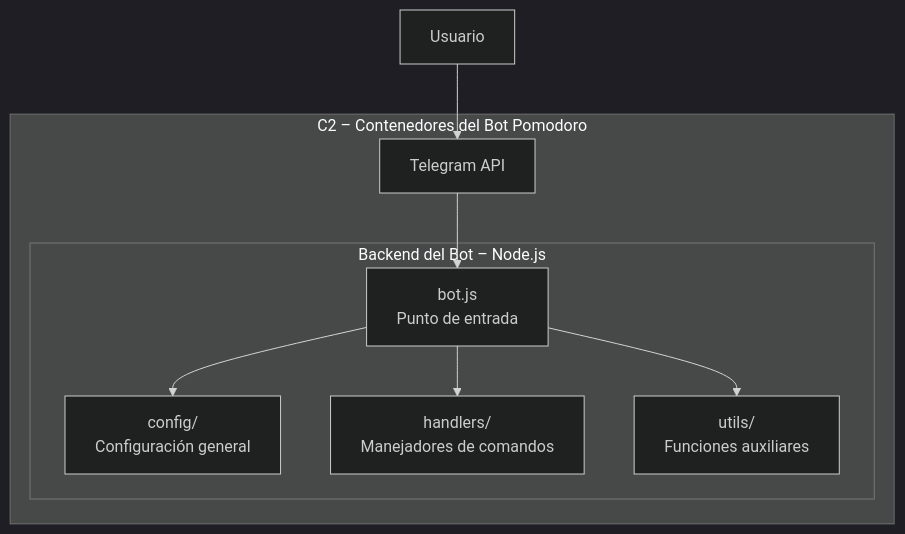
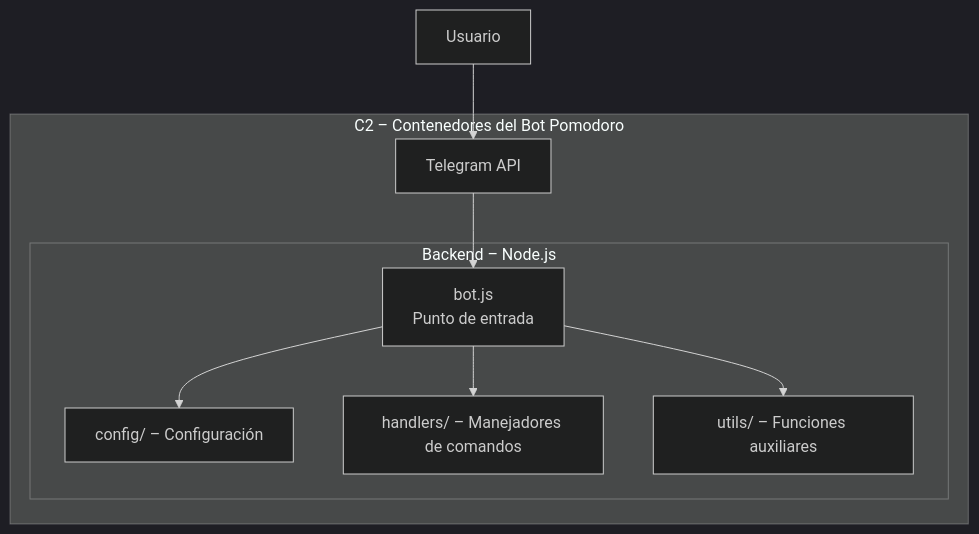
Before and after one commit to CarlosCervantes-pi/pomodoro-telegram-bot: the second of 2 diagrams in docs/diagrams/c4_full.md, drawn with Mermaid (dark theme). The commit also changed other lines of this file, not shown here.

````diff
--- a/docs/diagrams/c4_full.md
+++ b/docs/diagrams/c4_full.md
@@ -29,22 +27,20 @@
 ```mermaid
 flowchart TB
 
-%% ========================== %% C2 – DIAGRAMA DE CONTENEDORES %% ==========================
-
 subgraph C2[ C2 – Contenedores del Bot Pomodoro ]
-    subgraph Backend[Backend del Bot – Node.js]
+    subgraph Backend[Backend – Node.js]
         ENTRY[bot.js<br>Punto de entrada]
-        CONFIG[config/<br>Configuración general]
-        HANDLERS[handlers/<br>Manejadores de comandos]
-        UTILS[utils/<br>Funciones auxiliares]
+        CONFIG[config/ – Configuración]
+        HANDLERS[handlers/ – Manejadores de comandos]
+        UTILS[utils/ – Funciones auxiliares]
     end
 
     TG[Telegram API]
 end
 
 U[Usuario] --> TG
 TG --> ENTRY
 ENTRY --> CONFIG
 ENTRY --> HANDLERS
 ENTRY --> UTILS
 ```
````
